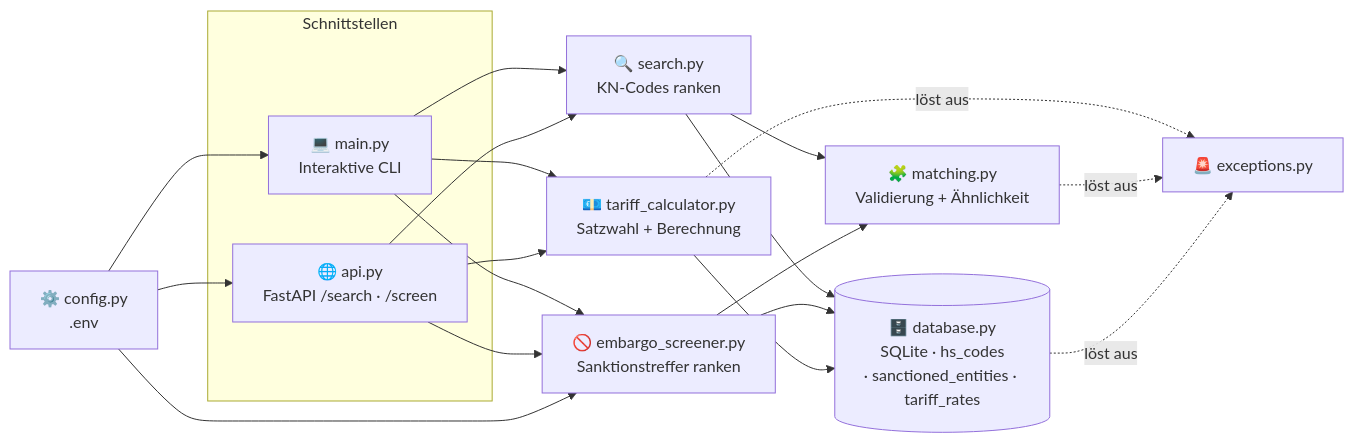
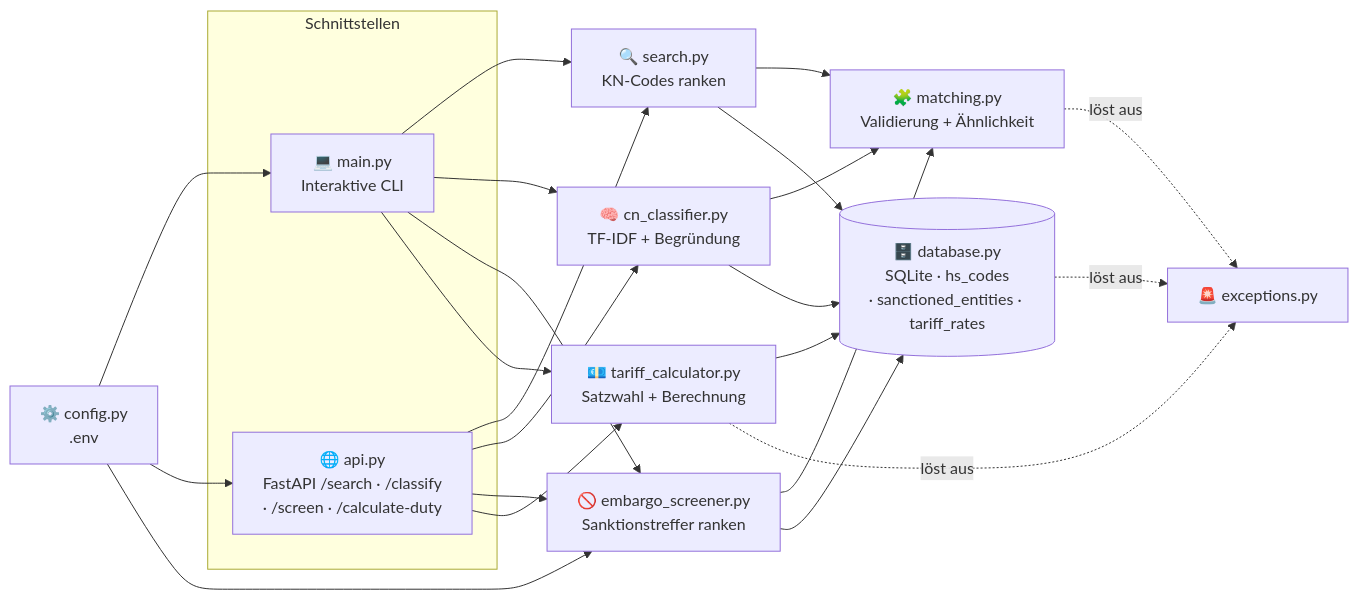
Before and after one commit to Mutersec/CustomsIQ: the first of 2 diagrams in README.de.md, drawn with Mermaid. The commit also changed other lines of this file and 10 other files, not shown here.

````diff
--- a/README.de.md
+++ b/README.de.md
@@ -94,33 +95,38 @@
 ```mermaid
 flowchart LR
     subgraph Schnittstellen
         CLI["💻 main.py<br/>Interaktive CLI"]
-        API["🌐 api.py<br/>FastAPI /search · /screen"]
+        API["🌐 api.py<br/>FastAPI /search · /classify<br/>· /screen · /calculate-duty"]
     end
 
     SEARCH["🔍 search.py<br/>KN-Codes ranken"]
+    CLS["🧠 cn_classifier.py<br/>TF-IDF + Begründung"]
     SCREEN["🚫 embargo_screener.py<br/>Sanktionstreffer ranken"]
     DUTY["💶 tariff_calculator.py<br/>Satzwahl + Berechnung"]
     MATCH["🧩 matching.py<br/>Validierung + Ähnlichkeit"]
     DB[("🗄️ database.py<br/>SQLite · hs_codes<br/>· sanctioned_entities · tariff_rates")]
     EXC["🚨 exceptions.py"]
     CFG["⚙️ config.py<br/>.env"]
 
     CLI --> SEARCH
+    CLI --> CLS
     CLI --> SCREEN
     CLI --> DUTY
     API --> SEARCH
+    API --> CLS
     API --> SCREEN
     API --> DUTY
     SEARCH --> MATCH
+    CLS --> MATCH
     SCREEN --> MATCH
     SEARCH --> DB
+    CLS --> DB
     SCREEN --> DB
     DUTY --> DB
     DUTY -. löst aus .-> EXC
     MATCH -. löst aus .-> EXC
     DB -. löst aus .-> EXC
     CFG --> CLI
     CFG --> API
     CFG --> SCREEN
 ```
````
